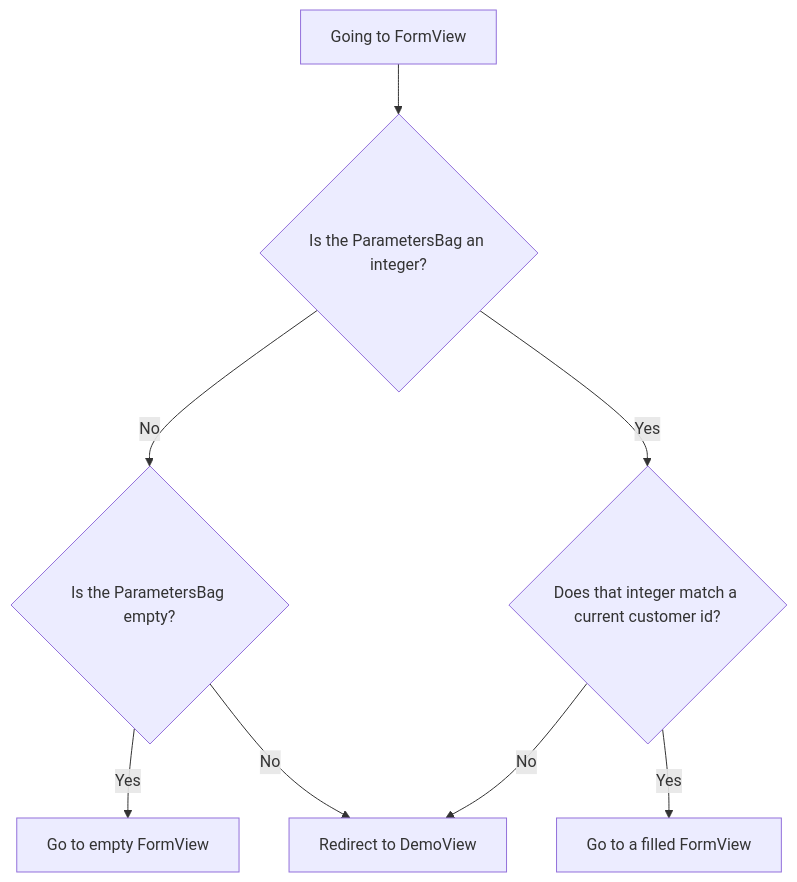
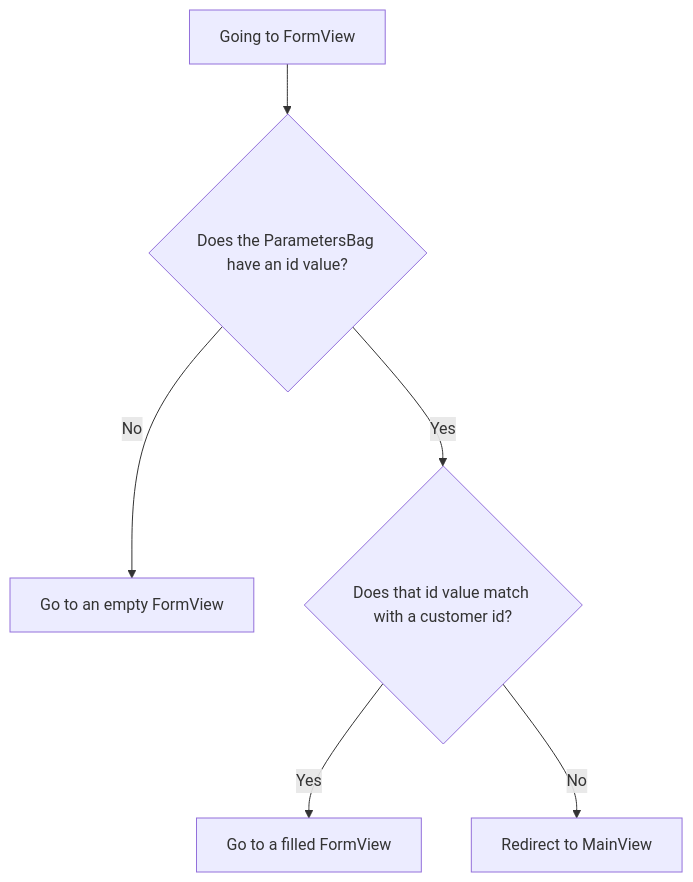
One commit to webforj/webforj-documentation changed the diagram in docs/docs/introduction/tutorial/scaling-with-routing-and-composites.md. Above: the diagram before and after it, drawn with Mermaid. The commit also changed other lines of this file and 4 other files, not shown here.

````diff
--- a/docs/docs/introduction/tutorial/scaling-with-routing-and-composites.md
+++ b/docs/docs/introduction/tutorial/scaling-with-routing-and-composites.md
@@ -225,10 +559,8 @@
 ```mermaid
 flowchart TD
-    A[Going to FormView] --> B{Is the ParametersBag an integer?}
-    B -->|No| C{Is the ParametersBag empty?}
-    C -->|Yes| D[Go to empty FormView]
-    C -->|No| E[Redirect to DemoView]
-    B -->|Yes| F{Does that integer match a current customer id?}
-    F -->|Yes| G[Go to a filled FormView]
-    F -->|No| E
+    A[Going to FormView] --> B{Does the ParametersBag have an id value?}
+    B -->|No| C[Go to an empty FormView]
+    B -->|Yes| D{Does that id value match with a customer id?}
+    D -->|Yes| E[Go to a filled FormView]
+    D -->|No| F[Redirect to MainView]
 ```
````
